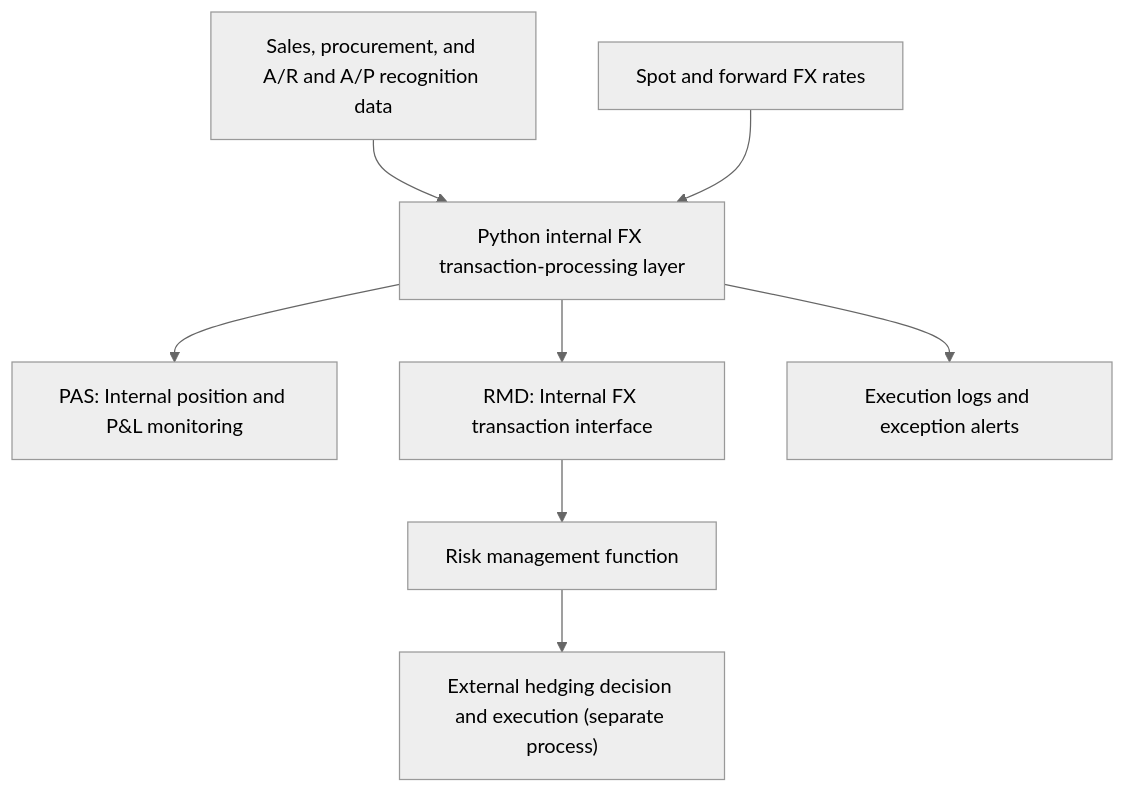
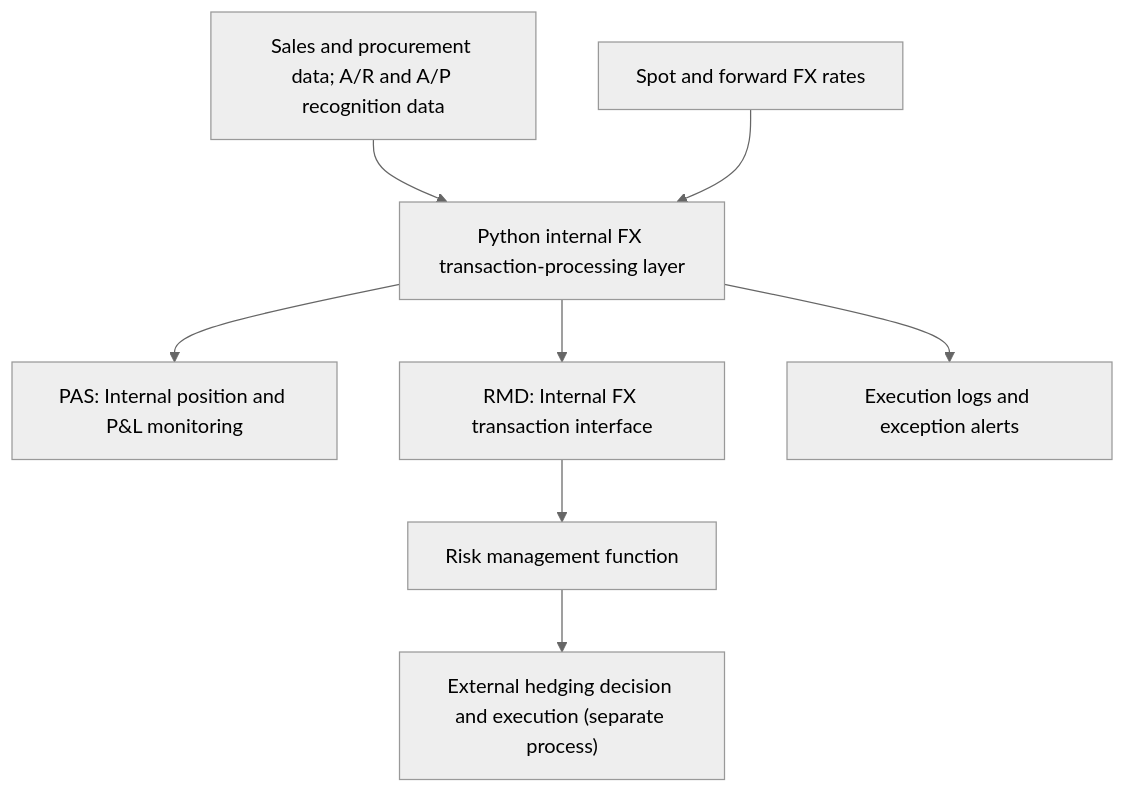
Before and after one commit to ChienChienChien/FX_Hedging_Automation: the diagram in README.md, drawn with Mermaid (neutral theme). The commit also changed other lines of this file, not shown here.

Commit message:
Polish internal FX transfer terminology

````diff
--- a/README.md
+++ b/README.md
@@ -50,12 +50,12 @@
 ```mermaid
 flowchart TB
-    A["Sales, procurement, and A/R and A/P recognition data"] --> D["Python internal FX transaction-processing layer"]
+    A["Sales and procurement data; A/R and A/P recognition data"] --> D["Python internal FX transaction-processing layer"]
     B["Spot and forward FX rates"] --> D
 
     D --> E["PAS: Internal position and P&L monitoring"]
     D --> F["RMD: Internal FX transaction interface"]
     D --> G["Execution logs and exception alerts"]
 
     F --> H["Risk management function"]
     H --> I["External hedging decision and execution (separate process)"]
 ```
````
